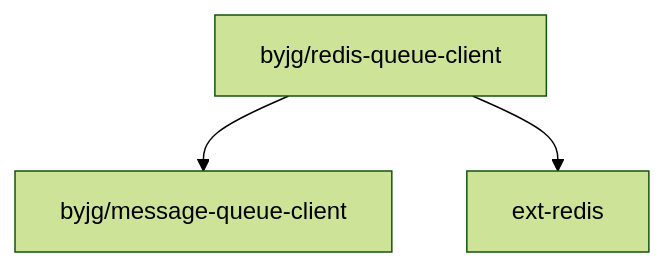
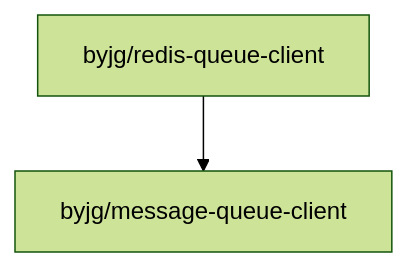
The diagram in README.md (byjg/php-redis-queue-client), drawn with Mermaid (forest theme) before and after one commit. The commit also changed other lines of this file and 5 other files, not shown here.

````diff
--- a/README.md
+++ b/README.md
@@ -86,5 +92,4 @@
 ```mermaid
 flowchart TD
     byjg/redis-queue-client --> byjg/message-queue-client
-    byjg/redis-queue-client --> ext-redis
 ```
````
